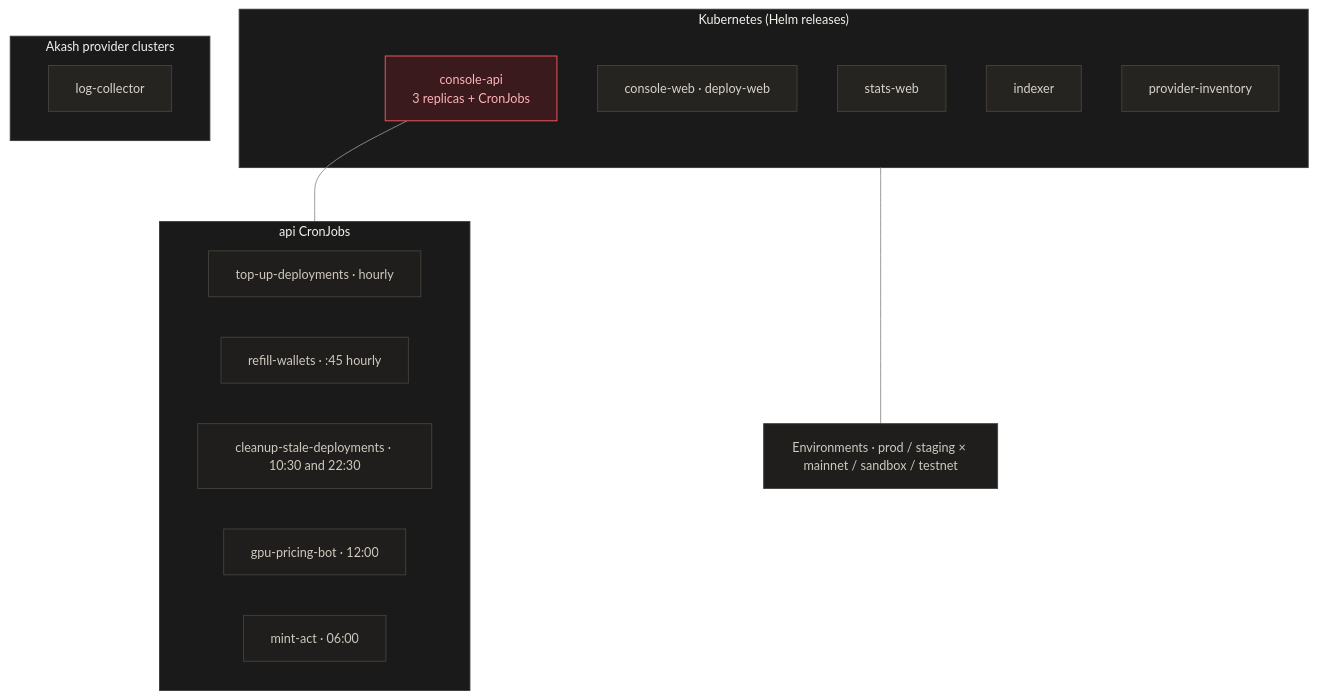
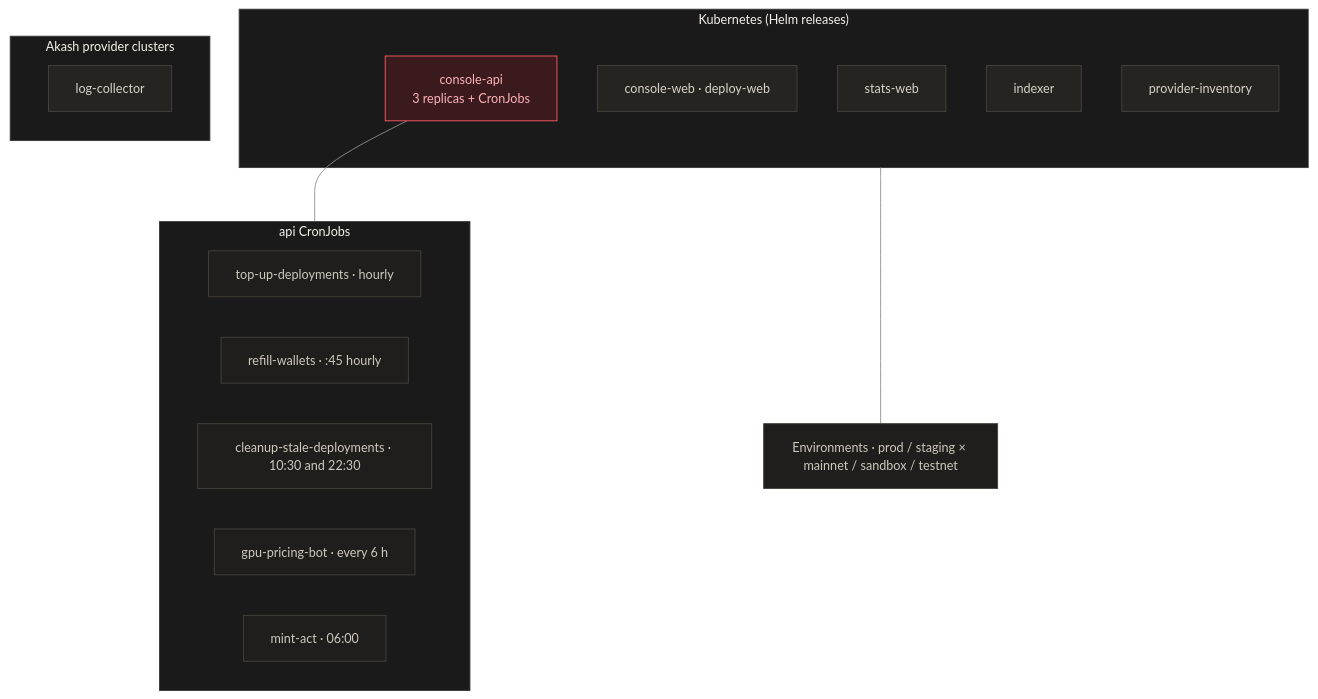
The third of 3 diagrams in doc/architecture.md (akash-network/console), drawn with Mermaid before and after one commit. The commit also changed 9 other files, not shown here.

First line of the commit message:
feat(deployment): check every gpu in a few batched deployments in the pricing bot

````diff
--- a/doc/architecture.md
+++ b/doc/architecture.md
@@ -129,28 +129,28 @@
 ```mermaid
 %%{init: {'theme':'base','themeVariables':{'fontFamily':'Geist, Inter, system-ui, sans-serif','fontSize':'14px','background':'#171717','primaryColor':'#242422','primaryTextColor':'#e7e3da','primaryBorderColor':'#45423c','lineColor':'#8f8f8f','textColor':'#d9d5cd','clusterBkg':'#1a1a1a','clusterBorder':'#3a3a3a','titleColor':'#f5f2ec','edgeLabelBackground':'#1a1a1a'},'flowchart':{'curve':'basis','nodeSpacing':45,'rankSpacing':60}}}%%
 flowchart TB
   classDef primary fill:#3a1a1d,stroke:#ff5a63,color:#ffb3b7;
   classDef svc fill:#262421,stroke:#47433c,color:#d9d3c8;
   classDef env fill:#201e1c,stroke:#45423c,color:#cfc9be;
 
   subgraph k8s["Kubernetes (Helm releases)"]
     A["console-api<br/>3 replicas + CronJobs"]:::primary
     W["console-web · deploy-web"]:::svc
     S["stats-web"]:::svc
     I["indexer"]:::svc
     PIv["provider-inventory"]:::svc
   end
   subgraph cron["api CronJobs"]
     C1["top-up-deployments · hourly"]:::env
     C2["refill-wallets · :45 hourly"]:::env
     C3["cleanup-stale-deployments · 10:30 and 22:30"]:::env
-    C4["gpu-pricing-bot · 12:00"]:::env
+    C4["gpu-pricing-bot · every 6 h"]:::env
     C5["mint-act · 06:00"]:::env
   end
   A --- cron
   ENVS["Environments · prod / staging × mainnet / sandbox / testnet"]:::env
   k8s --- ENVS
   subgraph providers["Akash provider clusters"]
     LC["log-collector"]:::svc
   end
 ```
````
